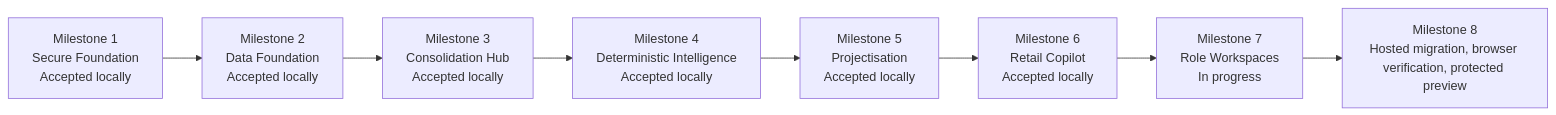
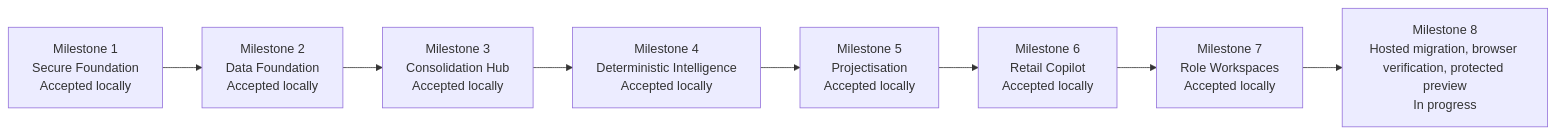
The diagram in reports/PHASE_0_PROGRESS.md (Smart-OS-erp/retailos), drawn with Mermaid before and after one commit. The commit also changed 11 other files, not shown here.

Commit message:
implement Phase 0 role workspaces

````diff
--- a/reports/PHASE_0_PROGRESS.md
+++ b/reports/PHASE_0_PROGRESS.md
@@ -3,10 +3,10 @@
 ```mermaid
 flowchart LR
   A["Milestone 1<br/>Secure Foundation<br/>Accepted locally"] --> B["Milestone 2<br/>Data Foundation<br/>Accepted locally"]
   B --> C["Milestone 3<br/>Consolidation Hub<br/>Accepted locally"]
   C --> D["Milestone 4<br/>Deterministic Intelligence<br/>Accepted locally"]
   D --> E["Milestone 5<br/>Projectisation<br/>Accepted locally"]
   E --> F["Milestone 6<br/>Retail Copilot<br/>Accepted locally"]
-  F --> G["Milestone 7<br/>Role Workspaces<br/>In progress"]
-  G --> H["Milestone 8<br/>Hosted migration, browser verification, protected preview"]
+  F --> G["Milestone 7<br/>Role Workspaces<br/>Accepted locally"]
+  G --> H["Milestone 8<br/>Hosted migration, browser verification, protected preview<br/>In progress"]
 ```
````
